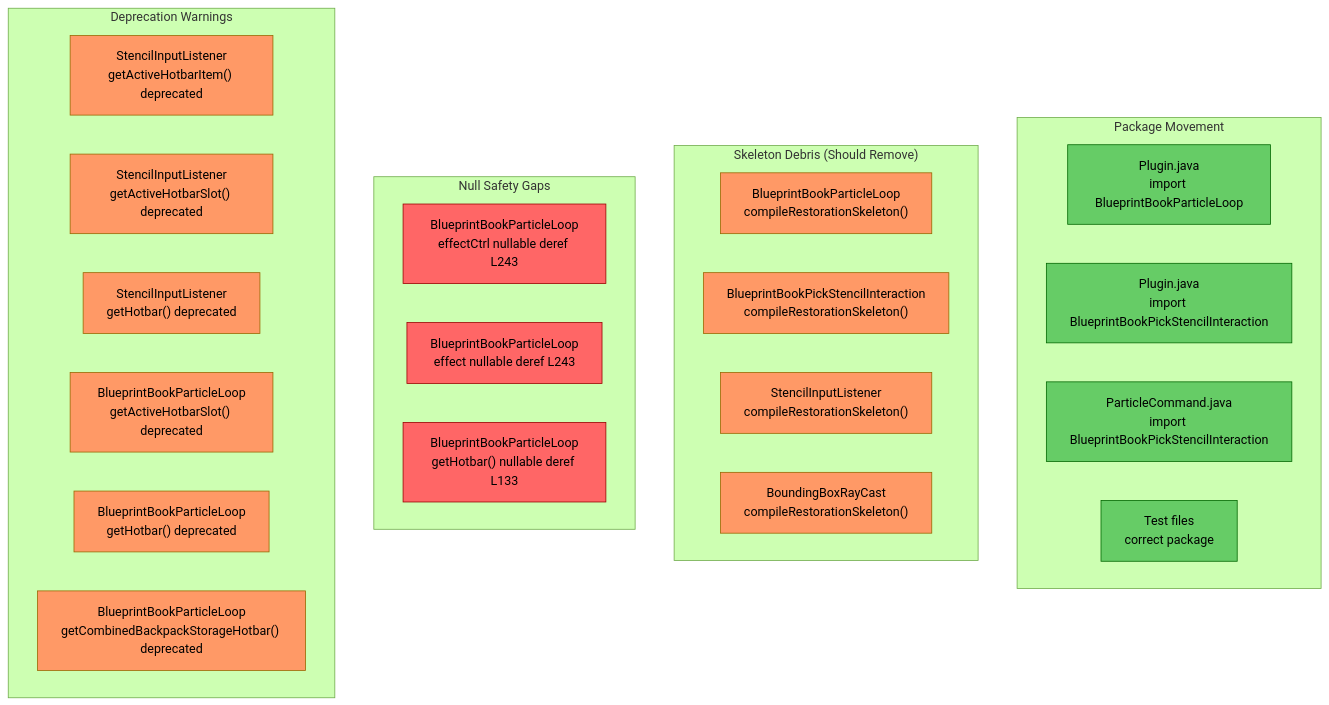
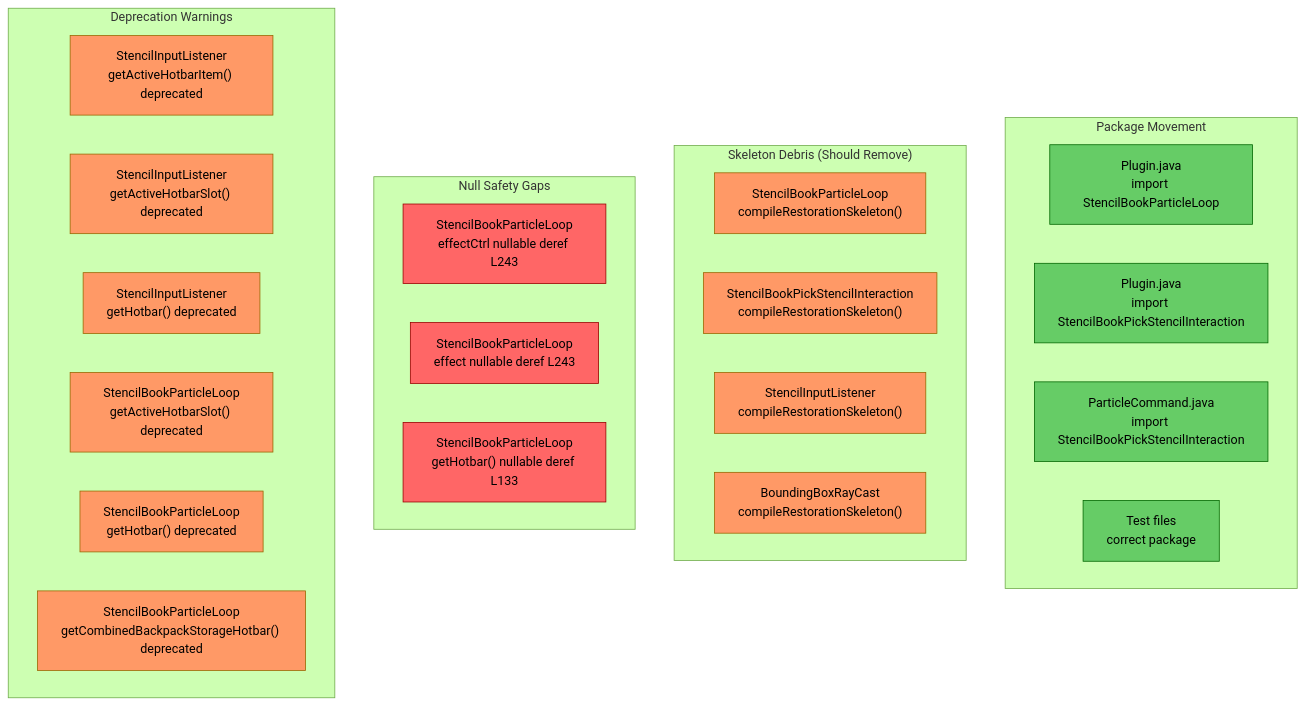
Before and after one commit to TheCodeCreature/Hytale-Example-Plugin: the diagram in docs/review-compile-restoration-vector-types.md, drawn with Mermaid (forest theme). The commit also changed other lines of this file and 289 other files, not shown here.

````diff
--- a/docs/review-compile-restoration-vector-types.md
+++ b/docs/review-compile-restoration-vector-types.md
@@ -17,40 +17,40 @@
 ```mermaid
 graph TB
     subgraph Package Movement
-        P1["Plugin.java<br/>import BlueprintBookParticleLoop"]
-        P2["Plugin.java<br/>import BlueprintBookPickStencilInteraction"]
-        P3["ParticleCommand.java<br/>import BlueprintBookPickStencilInteraction"]
+        P1["Plugin.java<br/>import StencilBookParticleLoop"]
+        P2["Plugin.java<br/>import StencilBookPickStencilInteraction"]
+        P3["ParticleCommand.java<br/>import StencilBookPickStencilInteraction"]
         P4["Test files<br/>correct package"]
     end
 
     subgraph "Skeleton Debris (Should Remove)"
-        S1["BlueprintBookParticleLoop<br/>compileRestorationSkeleton()"]:::orange
-        S2["BlueprintBookPickStencilInteraction<br/>compileRestorationSkeleton()"]:::orange
+        S1["StencilBookParticleLoop<br/>compileRestorationSkeleton()"]:::orange
+        S2["StencilBookPickStencilInteraction<br/>compileRestorationSkeleton()"]:::orange
         S3["StencilInputListener<br/>compileRestorationSkeleton()"]:::orange
         S4["BoundingBoxRayCast<br/>compileRestorationSkeleton()"]:::orange
     end
 
     subgraph "Null Safety Gaps"
-        N1["BlueprintBookParticleLoop<br/>effectCtrl nullable deref L243"]:::red
-        N2["BlueprintBookParticleLoop<br/>effect nullable deref L243"]:::red
-        N3["BlueprintBookParticleLoop<br/>getHotbar() nullable deref L133"]:::red
+        N1["StencilBookParticleLoop<br/>effectCtrl nullable deref L243"]:::red
+        N2["StencilBookParticleLoop<br/>effect nullable deref L243"]:::red
+        N3["StencilBookParticleLoop<br/>getHotbar() nullable deref L133"]:::red
     end
 
     subgraph "Deprecation Warnings"
         D1["StencilInputListener<br/>getActiveHotbarItem() deprecated"]:::orange
         D2["StencilInputListener<br/>getActiveHotbarSlot() deprecated"]:::orange
         D3["StencilInputListener<br/>getHotbar() deprecated"]:::orange
-        D4["BlueprintBookParticleLoop<br/>getActiveHotbarSlot() deprecated"]:::orange
-        D5["BlueprintBookParticleLoop<br/>getHotbar() deprecated"]:::orange
-        D6["BlueprintBookParticleLoop<br/>getCombinedBackpackStorageHotbar() deprecated"]:::orange
+        D4["StencilBookParticleLoop<br/>getActiveHotbarSlot() deprecated"]:::orange
+        D5["StencilBookParticleLoop<br/>getHotbar() deprecated"]:::orange
+        D6["StencilBookParticleLoop<br/>getCombinedBackpackStorageHotbar() deprecated"]:::orange
     end
 
     P1:::green
     P2:::green
     P3:::green
     P4:::green
 
     classDef red fill:#f66,stroke:#900
     classDef orange fill:#f96,stroke:#960
     classDef green fill:#6c6,stroke:#060
 ```
````
